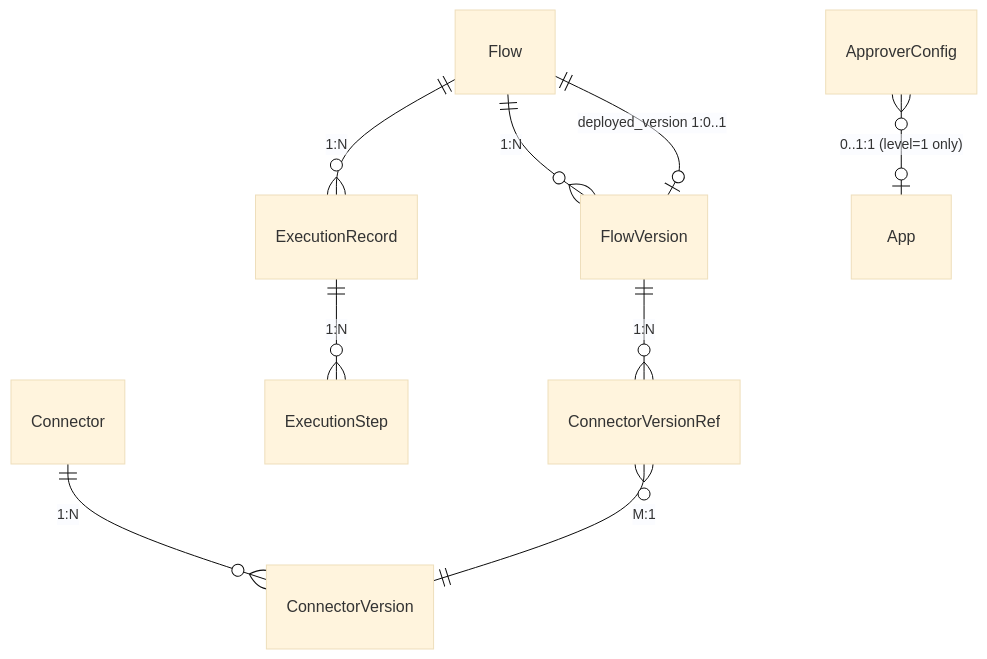
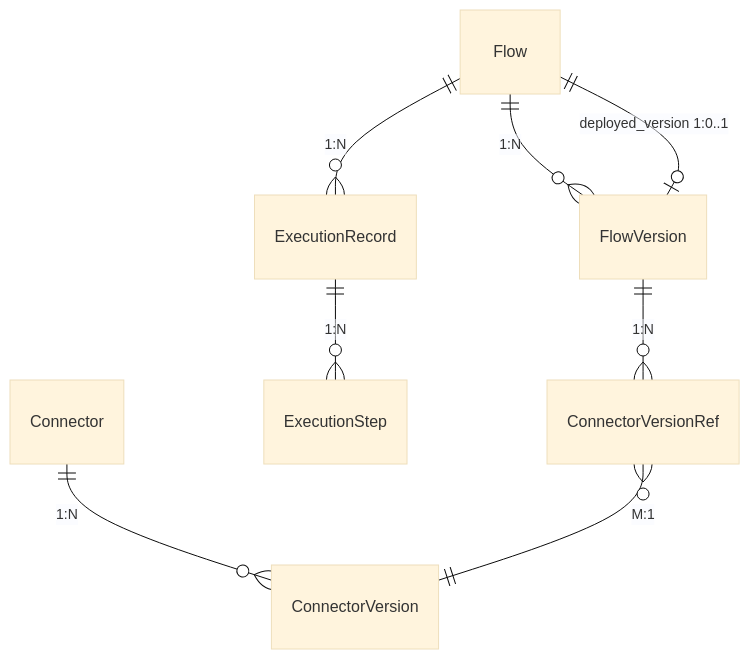
Before and after one commit to THZSummer/open-app: the diagram in .sddu/specs-tree-root/specs-tree-connector-platform-v2/plan-db.md, drawn with Mermaid (base theme). The commit also changed other lines of this file and 1 other file, not shown here.

````diff
--- a/.sddu/specs-tree-root/specs-tree-connector-platform-v2/plan-db.md
+++ b/.sddu/specs-tree-root/specs-tree-connector-platform-v2/plan-db.md
@@ -161,11 +163,10 @@
 ```mermaid
 erDiagram
     Connector ||--o{ ConnectorVersion : "1:N"
     Flow ||--o{ FlowVersion : "1:N"
     Flow ||--o| FlowVersion : "deployed_version 1:0..1"
     Flow ||--o{ ExecutionRecord : "1:N"
     ExecutionRecord ||--o{ ExecutionStep : "1:N"
     FlowVersion ||--o{ ConnectorVersionRef : "1:N"
     ConnectorVersionRef }o--|| ConnectorVersion : "M:1"
-    ApproverConfig }o--o| App : "0..1:1 (level=1 only)"
 ```
````
